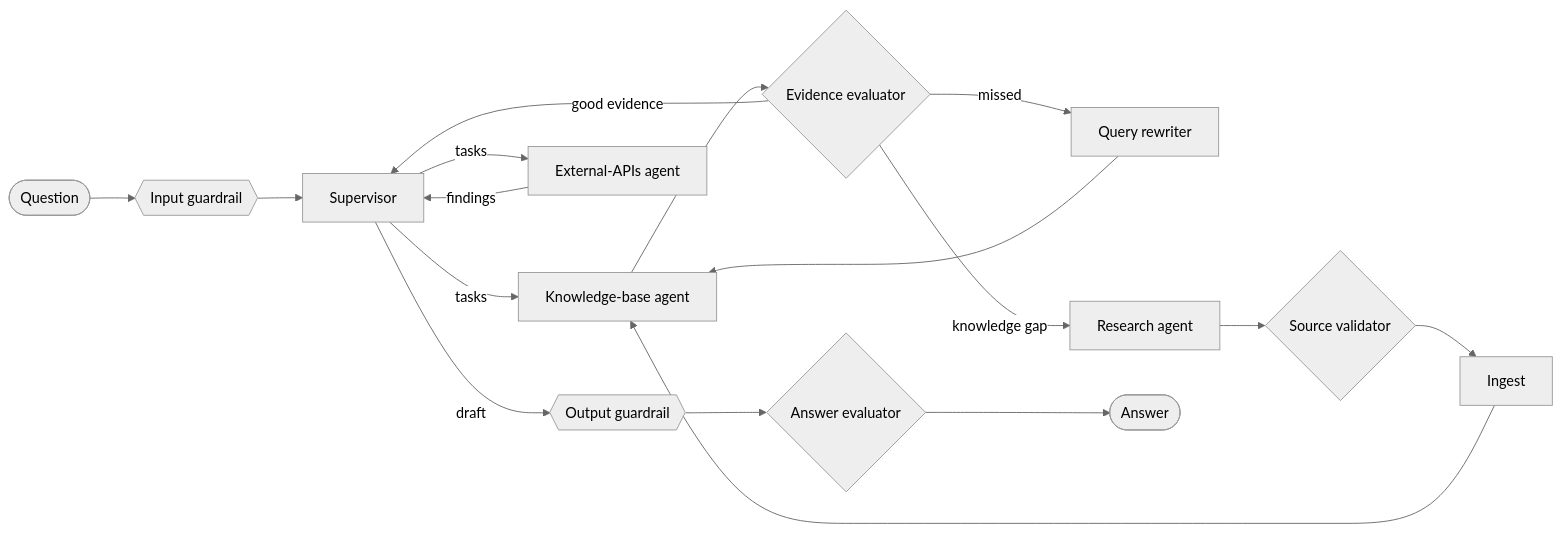
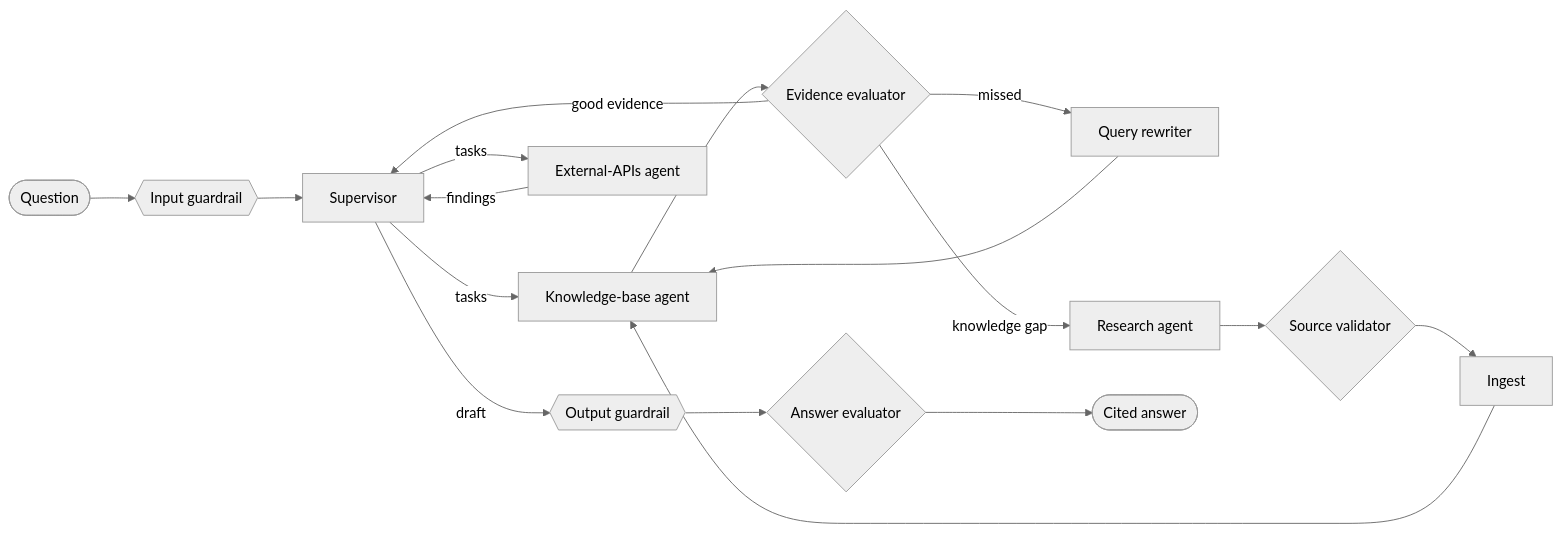
The second of 2 diagrams in README.md (cherrydasika/ingenmind), drawn with Mermaid (neutral theme) before and after one commit. The commit also changed other lines of this file, not shown here.

````diff
--- a/README.md
+++ b/README.md
@@ -88,13 +71,13 @@
 ```mermaid
 flowchart LR
     Q([Question]) --> IG{{Input guardrail}}
     IG --> S[Supervisor]
     S -- tasks --> KB[Knowledge-base agent]
     S -- tasks --> API[External-APIs agent]
     KB --> EE{Evidence evaluator}
     EE -- good evidence --> S
     EE -- missed --> QR[Query rewriter] --> KB
     EE -- knowledge gap --> R[Research agent] --> SV{Source validator} --> ING[Ingest] --> KB
     API -- findings --> S
-    S -- draft --> OG{{Output guardrail}} --> AE{Answer evaluator} --> A([Answer])
+    S -- draft --> OG{{Output guardrail}} --> AE{Answer evaluator} --> A([Cited answer])
 ```
````
